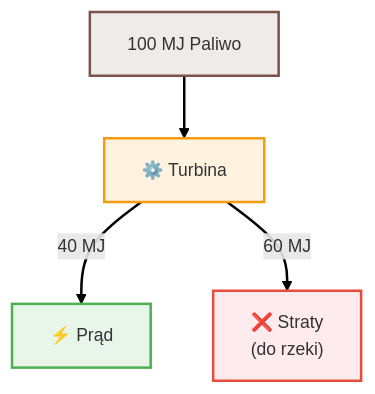
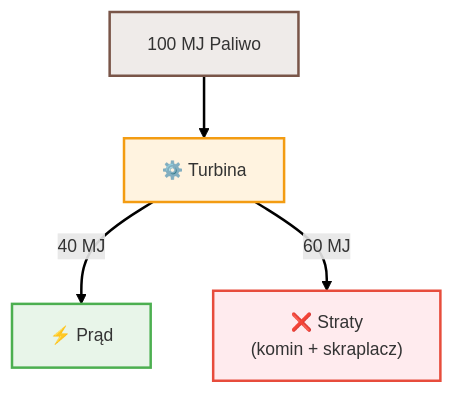
The third of 6 diagrams in Wyklady/15_Spalanie_Egzergia.qmd (moondec/Termodynamika), drawn with Mermaid before and after one commit. The commit also changed other lines of this file and 80 other files, not shown here.

````diff
--- a/Wyklady/15_Spalanie_Egzergia.qmd
+++ b/Wyklady/15_Spalanie_Egzergia.qmd
@@ -263,16 +269,16 @@
 ```{mermaid}
 %%| fig-align: center
 %%| fig-width: 5
 
 %%{init: {'theme': 'default', 'flowchart': { 'useMaxWidth': false, 'htmlLabels': true }, 'themeVariables': { 'fontSize': '14px', 'fontFamily': 'sans-serif' }}}%%
 flowchart TD
     F["100 MJ Paliwo"] --> T["⚙️ Turbina"]
     T -->|"40 MJ"| E["⚡ Prąd"]
-    T -->|"60 MJ"| S["❌ Straty<br>(do rzeki)"]
+    T -->|"60 MJ"| S["❌ Straty<br>(komin + skraplacz)"]
     
     style F fill:#efebe9,stroke:#795548,stroke-width:2px
     style T fill:#fff3e0,stroke:#f39c12,stroke-width:2px
     style E fill:#e8f5e9,stroke:#4caf50,stroke-width:2px
     style S fill:#ffebee,stroke:#e74c3c,stroke-width:2px
     linkStyle default stroke-width:2px,fill:none,stroke:black
 ```
````
